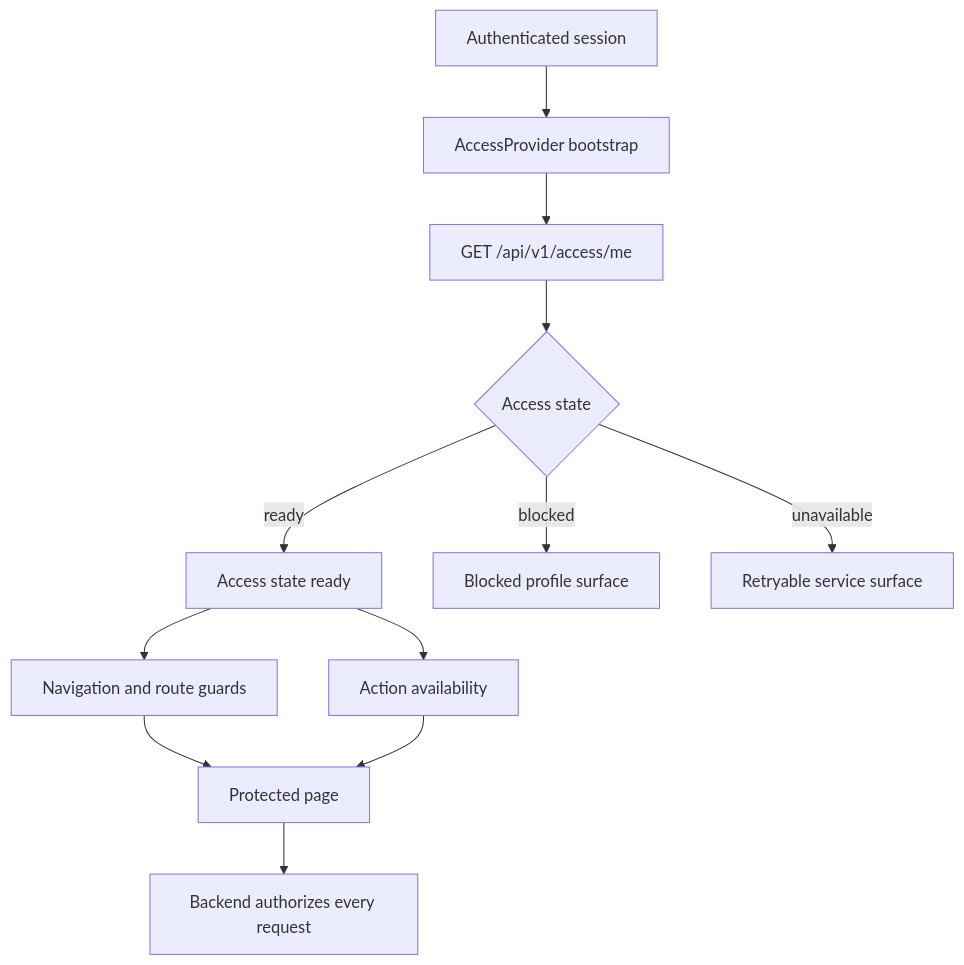
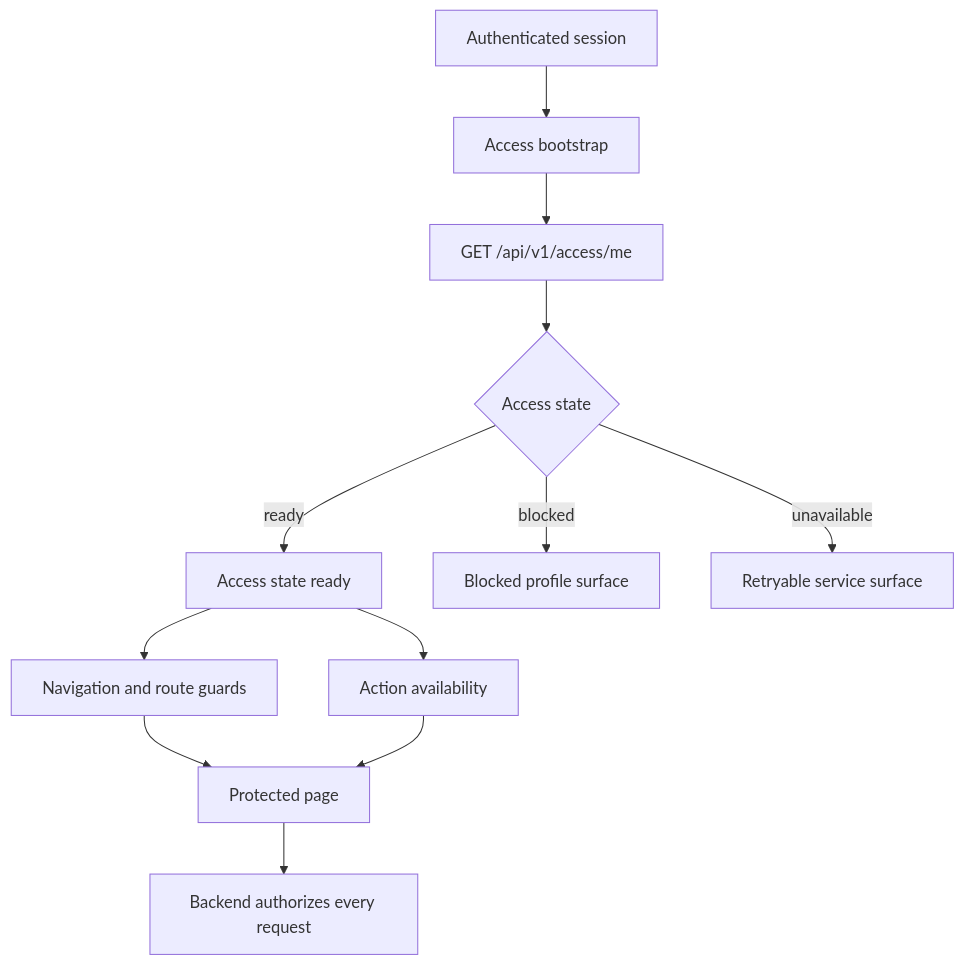
Before and after one commit to luiscm17/colibri-hub: the diagram in frontend/docs/features/access-control.md, drawn with Mermaid. The commit also changed other lines of this file and 18 other files, not shown here.

````diff
--- a/frontend/docs/features/access-control.md
+++ b/frontend/docs/features/access-control.md
@@ -41,14 +41,14 @@
 ```mermaid
 flowchart TD
-    A[Authenticated session] --> B[AccessProvider bootstrap]
+    A[Authenticated session] --> B[Access bootstrap]
     B --> C[GET /api/v1/access/me]
     C --> D{Access state}
     D -->|ready| E[Access state ready]
     D -->|blocked| G[Blocked profile surface]
     D -->|unavailable| H[Retryable service surface]
     E --> F[Navigation and route guards]
     E --> I[Action availability]
     F --> J[Protected page]
     I --> J
     J --> K[Backend authorizes every request]
 ```
````
